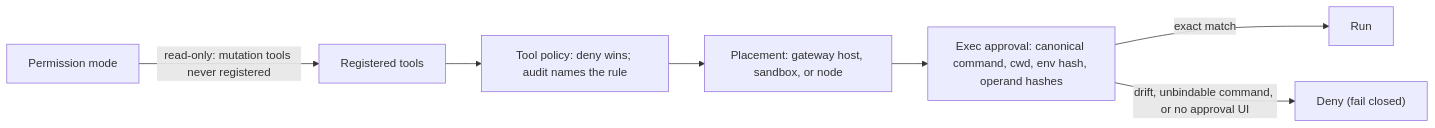
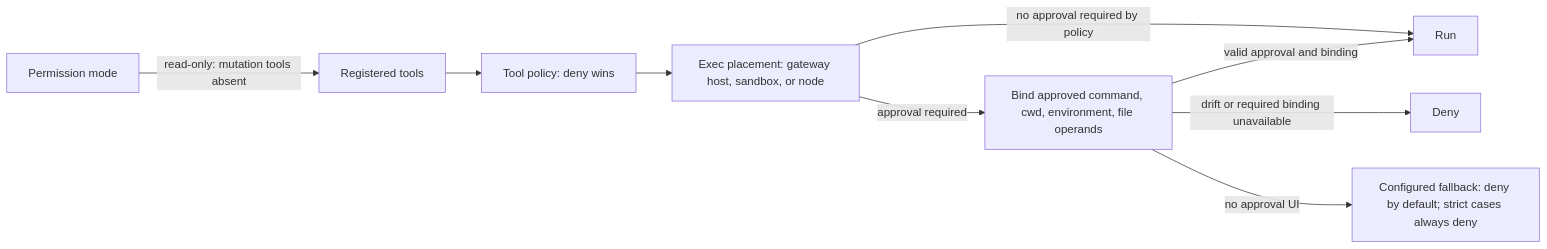
The second of 3 diagrams in docs/start/why-openclaw.md (123eyu/openclaw), drawn with Mermaid before and after one commit. The commit also changed other lines of this file, not shown here.

````diff
--- a/docs/start/why-openclaw.md
+++ b/docs/start/why-openclaw.md
@@ -98,9 +98,11 @@
 ```mermaid actions={true} placement="top-right"
 flowchart LR
-  MODE["Permission mode"] -->|"read-only: mutation tools never registered"| REG["Registered tools"]
-  REG --> TP["Tool policy: deny wins; audit names the rule"]
-  TP --> PLACE["Placement: gateway host, sandbox, or node"]
-  PLACE --> APR["Exec approval: canonical command, cwd, env hash, operand hashes"]
-  APR -->|"exact match"| RUN["Run"]
-  APR -->|"drift, unbindable command, or no approval UI"| DENY["Deny (fail closed)"]
+  MODE["Permission mode"] -->|"read-only: mutation tools absent"| REG["Registered tools"]
+  REG --> TP["Tool policy: deny wins"]
+  TP --> PLACE["Exec placement: gateway host, sandbox, or node"]
+  PLACE -->|"approval required"| APR["Bind approved command, cwd, environment, file operands"]
+  PLACE -->|"no approval required by policy"| RUN["Run"]
+  APR -->|"valid approval and binding"| RUN
+  APR -->|"drift or required binding unavailable"| DENY["Deny"]
+  APR -->|"no approval UI"| FALLBACK["Configured fallback: deny by default; strict cases always deny"]
 ```
````
